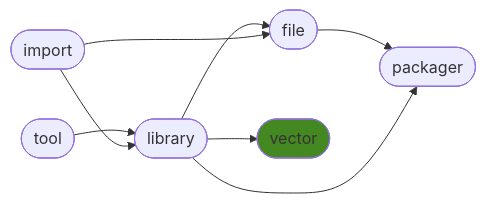
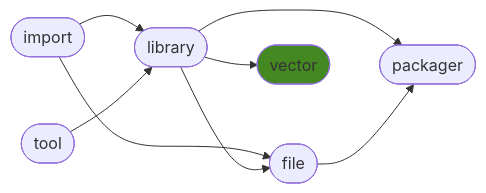
The diagram in README.md (ManderaGeneral/generalvector), drawn with Mermaid before and after one commit. The commit also changed other lines of this file, not shown here.

````diff
--- a/README.md
+++ b/README.md
@@ -24,17 +24,17 @@
 ```mermaid
 flowchart LR
-3([file]) --> 5([packager])
-2([library]) --> 3([file])
-1([tool]) --> 2([library])
 2([library]) --> 5([packager])
+0([import]) --> 3([file])
 2([library]) --> 4([vector])
 0([import]) --> 2([library])
-0([import]) --> 3([file])
+1([tool]) --> 2([library])
+2([library]) --> 3([file])
+3([file]) --> 5([packager])
 click 0 "https://github.com/ManderaGeneral/generalimport"
 click 1 "https://github.com/ManderaGeneral/generaltool"
 click 2 "https://github.com/ManderaGeneral/generallibrary"
 click 3 "https://github.com/ManderaGeneral/generalfile"
 click 4 "https://github.com/ManderaGeneral/generalvector"
 click 5 "https://github.com/ManderaGeneral/generalpackager"
 style 4 fill:#482
 ```
````
